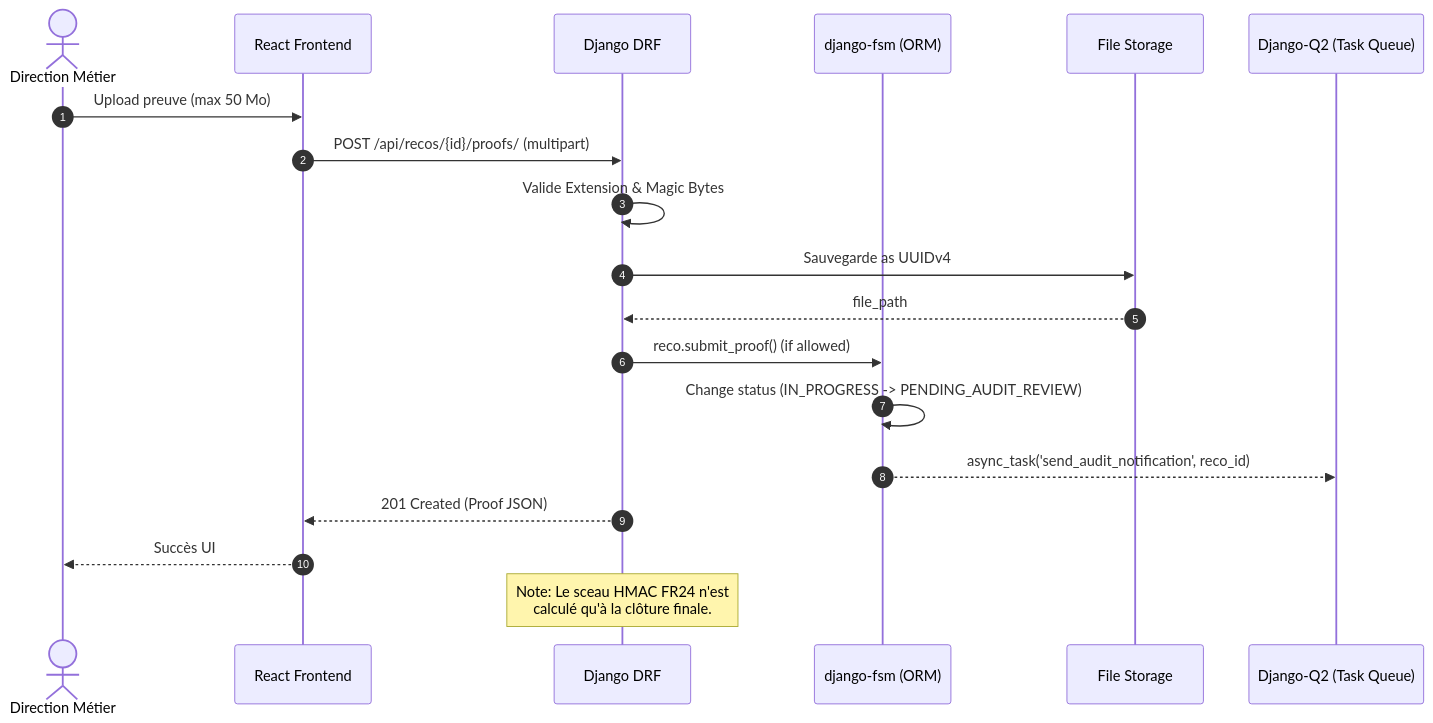
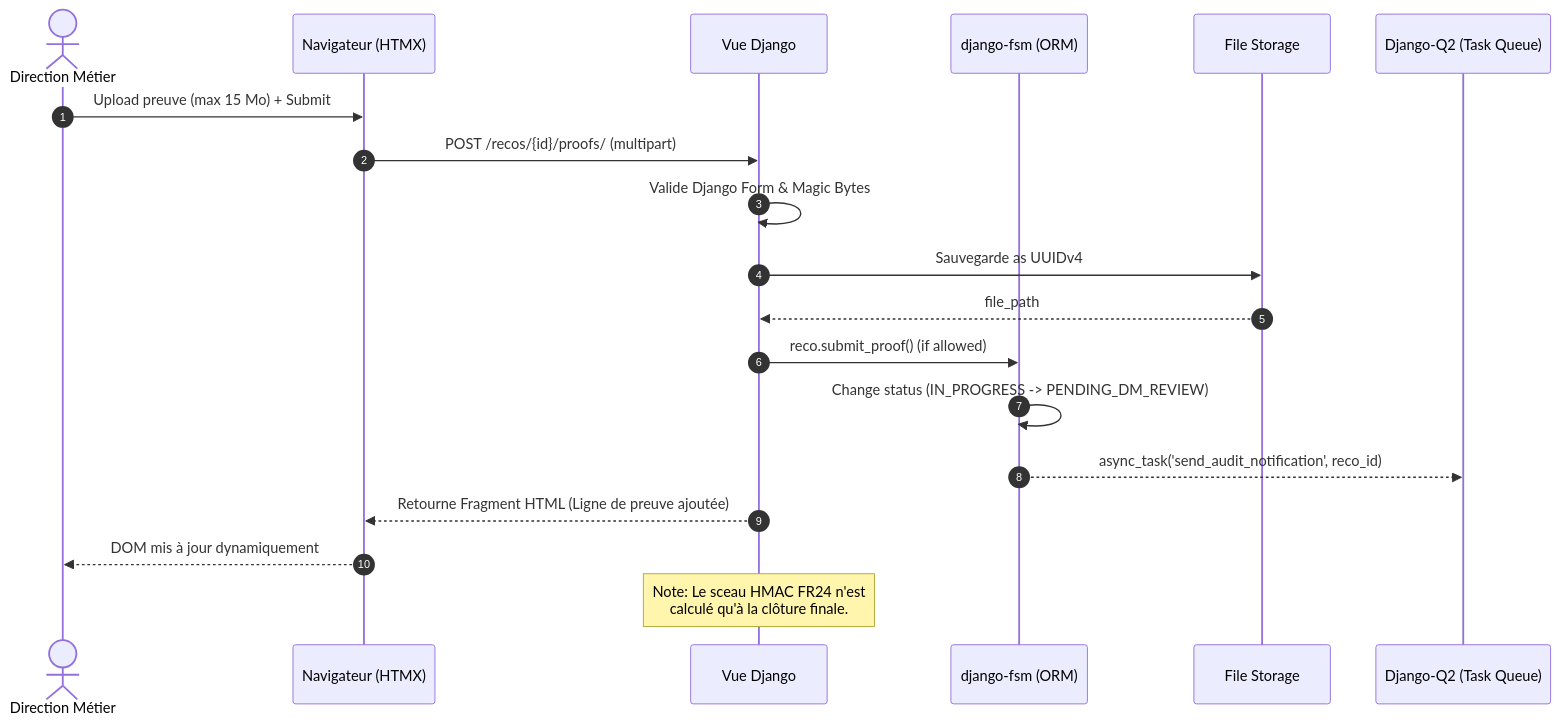
One commit to Tchendjou2003/bicec--Sentinel changed the diagram in _bmad-output/planning-artifacts/architecture.md. Above: the diagram before and after it, drawn with Mermaid. The commit also changed other lines of this file and 6 other files, not shown here.

Commit message:
revision document d'architecture

````diff
--- a/_bmad-output/planning-artifacts/architecture.md
+++ b/_bmad-output/planning-artifacts/architecture.md
@@ -304,23 +305,23 @@
 ```mermaid
 sequenceDiagram
     autonumber
     actor DM as Direction Métier
-    participant SPA as React Frontend
-    participant API as Django DRF
+    participant HTML as Navigateur (HTMX)
+    participant VUE as Vue Django
     participant FSM as django-fsm (ORM)
     participant Disk as File Storage
     participant Q2 as Django-Q2 (Task Queue)
 
-    DM->>SPA: Upload preuve (max 50 Mo)
-    SPA->>API: POST /api/recos/{id}/proofs/ (multipart)
-    API->>API: Valide Extension & Magic Bytes
-    API->>Disk: Sauvegarde as UUIDv4
-    Disk-->>API: file_path
-    API->>FSM: reco.submit_proof() (if allowed)
-    FSM->>FSM: Change status (IN_PROGRESS -> PENDING_AUDIT_REVIEW)
+    DM->>HTML: Upload preuve (max 15 Mo) + Submit
+    HTML->>VUE: POST /recos/{id}/proofs/ (multipart)
+    VUE->>VUE: Valide Django Form & Magic Bytes
+    VUE->>Disk: Sauvegarde as UUIDv4
+    Disk-->>VUE: file_path
+    VUE->>FSM: reco.submit_proof() (if allowed)
+    FSM->>FSM: Change status (IN_PROGRESS -> PENDING_DM_REVIEW)
     FSM-->>Q2: async_task('send_audit_notification', reco_id)
-    API-->>SPA: 201 Created (Proof JSON)
-    SPA-->>DM: Succès UI
+    VUE-->>HTML: Retourne Fragment HTML (Ligne de preuve ajoutée)
+    HTML-->>DM: DOM mis à jour dynamiquement
     
-    note over API: Note: Le sceau HMAC FR24 n'est<br/>calculé qu'à la clôture finale.
+    note over VUE: Note: Le sceau HMAC FR24 n'est<br/>calculé qu'à la clôture finale.
 ```
````
